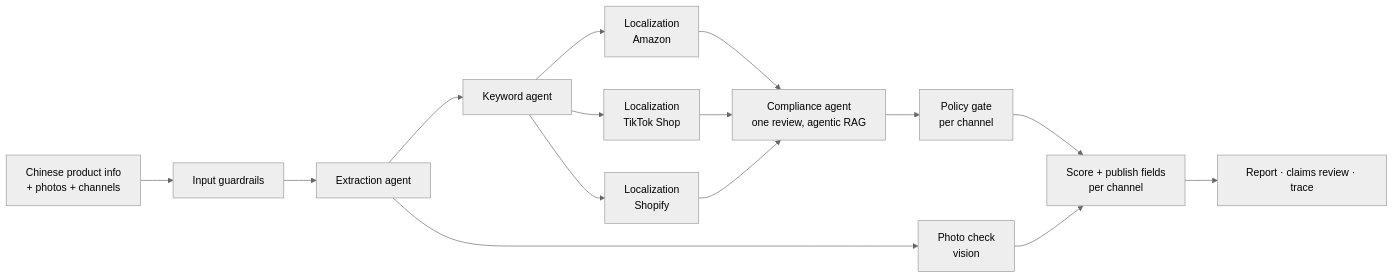
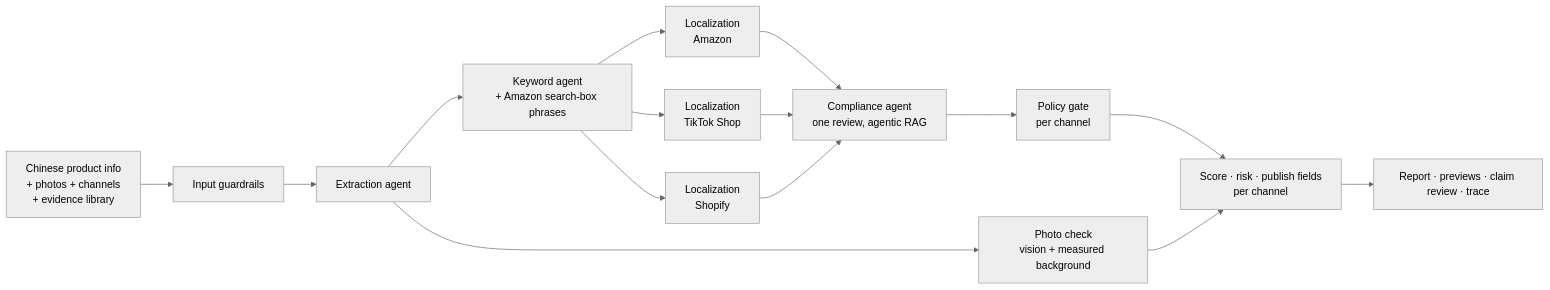
Before and after one commit to heruis/ecommerce-agent: the diagram in README.md, drawn with Mermaid (neutral theme). The commit also changed other lines of this file and 14 other files, not shown here.

````diff
--- a/README.md
+++ b/README.md
@@ -41,15 +61,15 @@
 ```mermaid
 flowchart LR
-  A[Chinese product info<br/>+ photos + channels] --> G1[Input guardrails]
+  A[Chinese product info<br/>+ photos + channels<br/>+ evidence library] --> G1[Input guardrails]
   G1 --> E[Extraction agent]
-  E --> I[Photo check<br/>vision]
-  E --> K[Keyword agent]
+  E --> I[Photo check<br/>vision + measured background]
+  E --> K[Keyword agent<br/>+ Amazon search-box phrases]
   K --> L1[Localization<br/>Amazon]
   K --> L2[Localization<br/>TikTok Shop]
   K --> L3[Localization<br/>Shopify]
   L1 & L2 & L3 --> C[Compliance agent<br/>one review, agentic RAG]
   C --> G3[Policy gate<br/>per channel]
-  G3 --> S[Score + publish fields<br/>per channel]
+  G3 --> S[Score · risk · publish fields<br/>per channel]
   I --> S
-  S --> O[Report · claims review · trace]
+  S --> O[Report · previews · claim review · trace]
 ```
````
